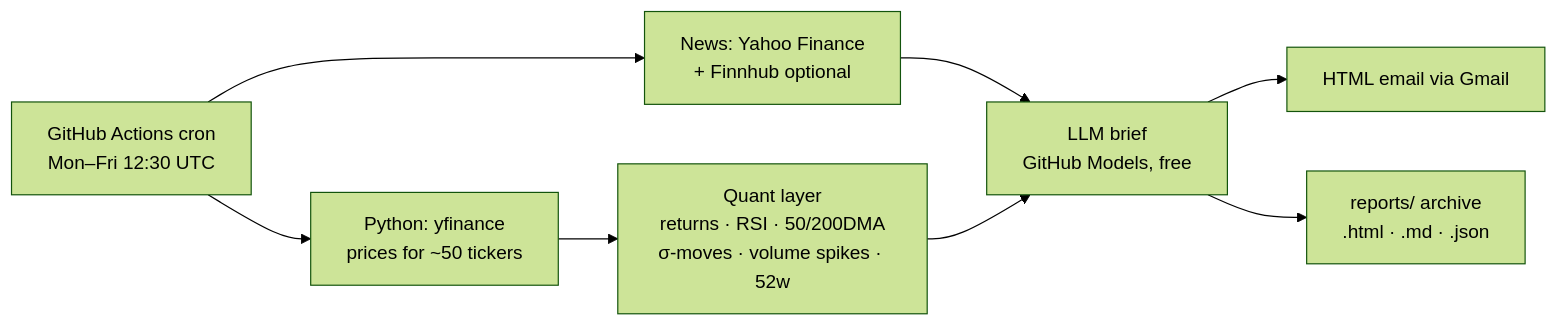
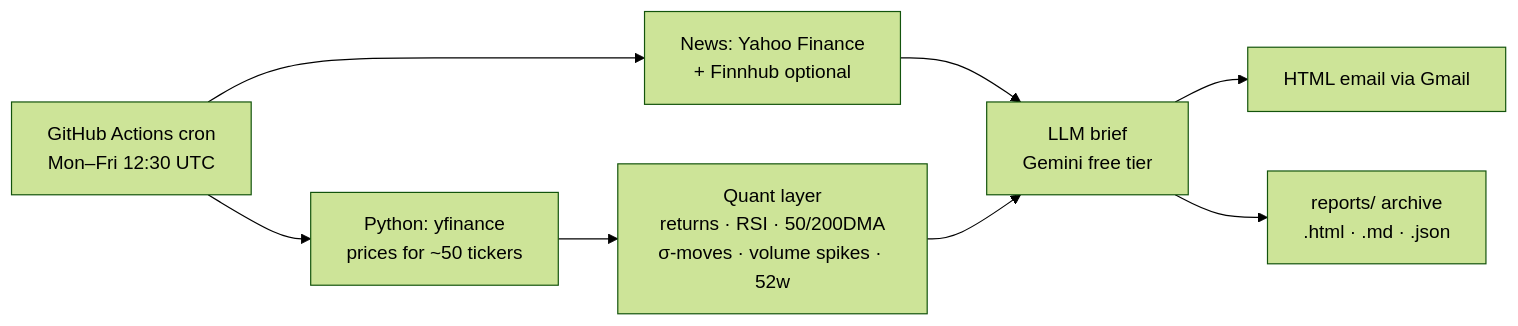
Before and after one commit to leiyadi87-cpu/us-equity-daily-brief: the diagram in README.md, drawn with Mermaid (forest theme). The commit also changed other lines of this file and 4 other files, not shown here.

Commit message:
Switch AI summary to Gemini API free tier (GitHub Models retired); remove probe workflow

````diff
--- a/README.md
+++ b/README.md
@@ -5,10 +5,10 @@
 ```mermaid
 flowchart LR
     A[GitHub Actions cron<br/>Mon–Fri 12:30 UTC] --> B[Python: yfinance<br/>prices for ~50 tickers]
     A --> C[News: Yahoo Finance<br/>+ Finnhub optional]
     B --> D[Quant layer<br/>returns · RSI · 50/200DMA<br/>σ-moves · volume spikes · 52w]
-    C --> E[LLM brief<br/>GitHub Models, free]
+    C --> E[LLM brief<br/>Gemini free tier]
     D --> E
     E --> F[HTML email via Gmail]
     E --> G[reports/ archive<br/>.html · .md · .json]
 ```
````
